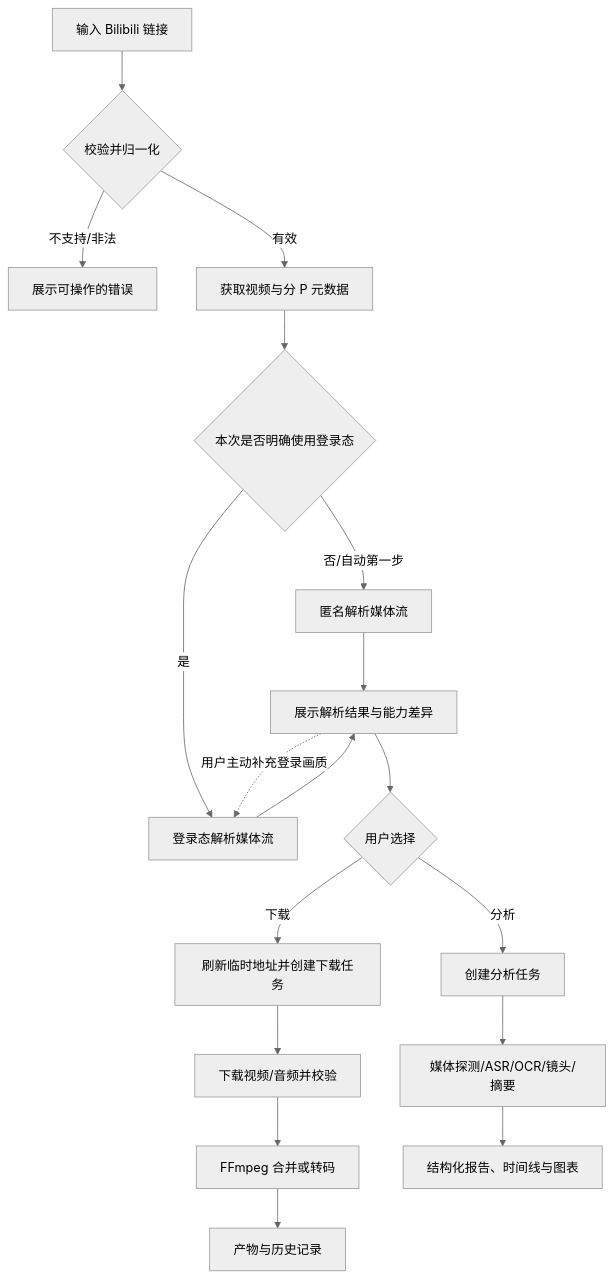
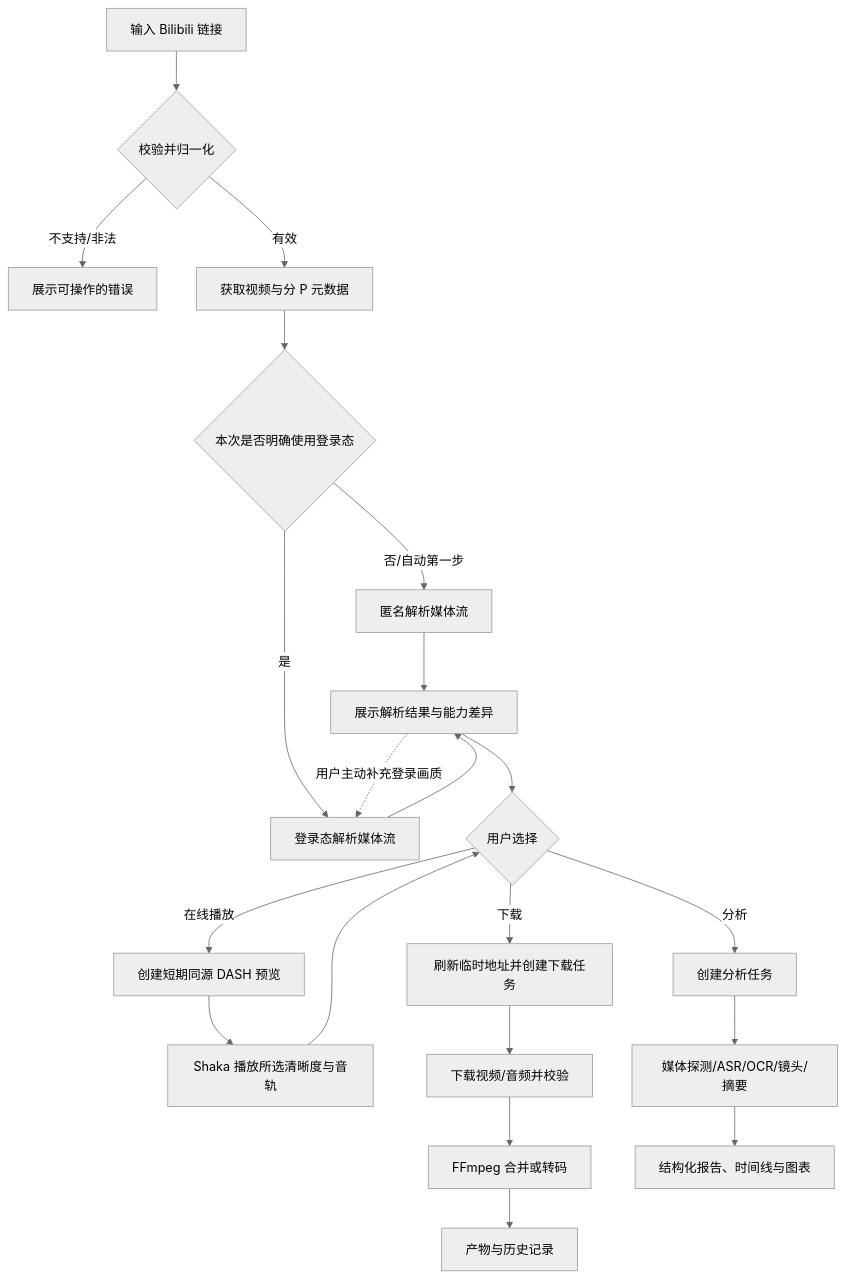
The diagram in docs/PRD.md (JunWan666/bili-insight), drawn with Mermaid (neutral theme) before and after one commit. The commit also changed other lines of this file and 54 other files, not shown here.

````diff
--- a/docs/PRD.md
+++ b/docs/PRD.md
@@ -142,20 +158,23 @@
 ```mermaid
 flowchart TD
     A[输入 Bilibili 链接] --> B{校验并归一化}
     B -->|不支持/非法| C[展示可操作的错误]
     B -->|有效| D[获取视频与分 P 元数据]
     D --> E{本次是否明确使用登录态}
     E -->|否/自动第一步| F[匿名解析媒体流]
     E -->|是| G[登录态解析媒体流]
     F --> H[展示解析结果与能力差异]
     G --> H
     H -. 用户主动补充登录画质 .-> G
     H --> I{用户选择}
+    I -->|在线播放| Q[创建短期同源 DASH 预览]
+    Q --> R[Shaka 播放所选清晰度与音轨]
+    R --> I
     I -->|下载| J[刷新临时地址并创建下载任务]
     I -->|分析| K[创建分析任务]
     J --> L[下载视频/音频并校验]
     L --> M[FFmpeg 合并或转码]
     K --> N[媒体探测/ASR/OCR/镜头/摘要]
     M --> O[产物与历史记录]
     N --> P[结构化报告、时间线与图表]
 ```
````
